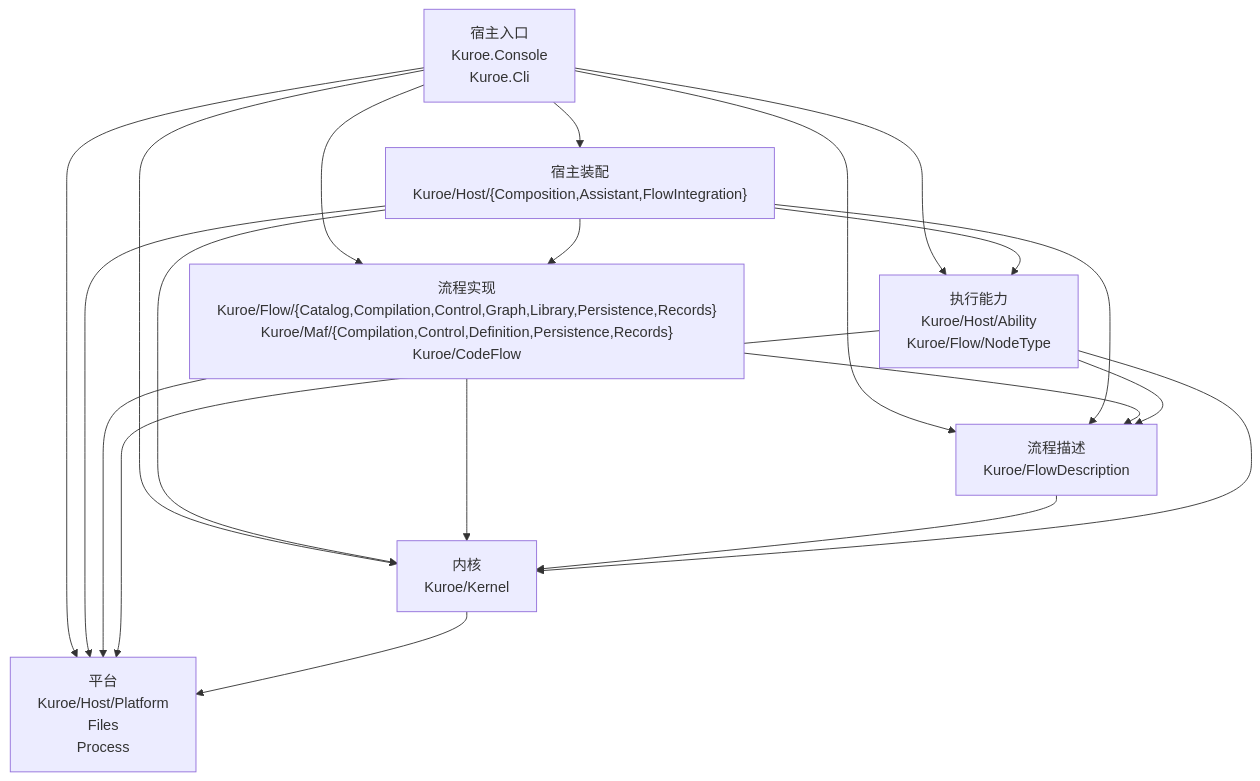
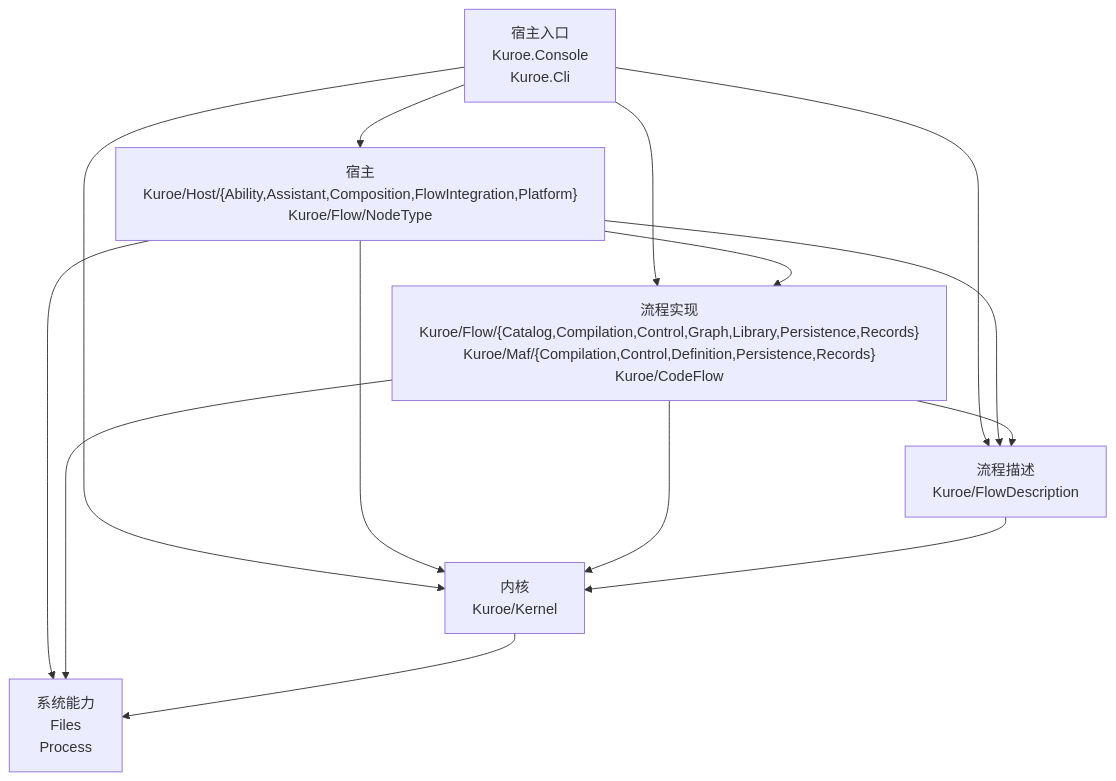
The diagram in docs/dev/architecture/functional-boundary/index.md (DrMelt/Kuroe), drawn with Mermaid before and after one commit. The commit also changed other lines of this file and 40 other files, not shown here.

Commit message:
结构文档建立宿主域，Kuroe.Host.Platform 归入宿主平台契约，原平台域改为系统能力域

````diff
--- a/docs/dev/architecture/functional-boundary/index.md
+++ b/docs/dev/architecture/functional-boundary/index.md
@@ -3,30 +3,23 @@
 ```mermaid
 flowchart TD
     LEntry["宿主入口<br>Kuroe.Console<br>Kuroe.Cli"]
-    LAssembly["宿主装配<br>Kuroe/Host/{Composition,Assistant,FlowIntegration}"]
+    LHost["宿主<br>Kuroe/Host/{Ability,Assistant,Composition,FlowIntegration,Platform}<br>Kuroe/Flow/NodeType"]
     LFlow["流程实现<br>Kuroe/Flow/{Catalog,Compilation,Control,Graph,Library,Persistence,Records}<br>Kuroe/Maf/{Compilation,Control,Definition,Persistence,Records}<br>Kuroe/CodeFlow"]
     LDescription["流程描述<br>Kuroe/FlowDescription"]
-    LAbility["执行能力<br>Kuroe/Host/Ability<br>Kuroe/Flow/NodeType"]
     LKernel["内核<br>Kuroe/Kernel"]
-    LPlatform["平台<br>Kuroe/Host/Platform<br>Files<br>Process"]
+    LSystem["系统能力<br>Files<br>Process"]
 
-    LEntry --> LAssembly
+    LEntry --> LHost
     LEntry --> LFlow
     LEntry --> LDescription
-    LEntry --> LAbility
     LEntry --> LKernel
-    LEntry --> LPlatform
-    LAssembly --> LFlow
-    LAssembly --> LDescription
-    LAssembly --> LAbility
-    LAssembly --> LKernel
-    LAssembly --> LPlatform
+    LHost --> LFlow
+    LHost --> LDescription
+    LHost --> LKernel
+    LHost --> LSystem
     LFlow --> LDescription
     LFlow --> LKernel
-    LFlow --> LPlatform
+    LFlow --> LSystem
     LDescription --> LKernel
-    LAbility --> LDescription
-    LAbility --> LKernel
-    LAbility --> LPlatform
-    LKernel --> LPlatform
+    LKernel --> LSystem
 ```
````
